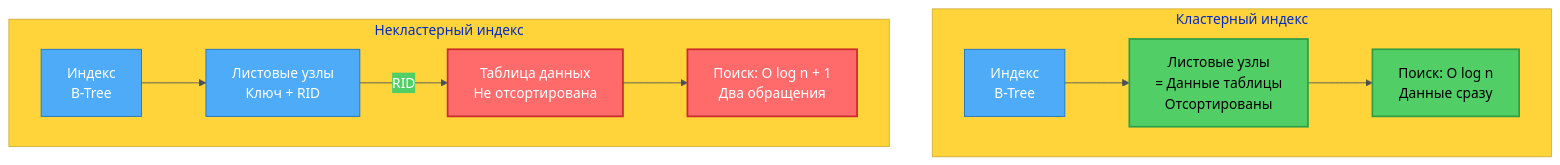
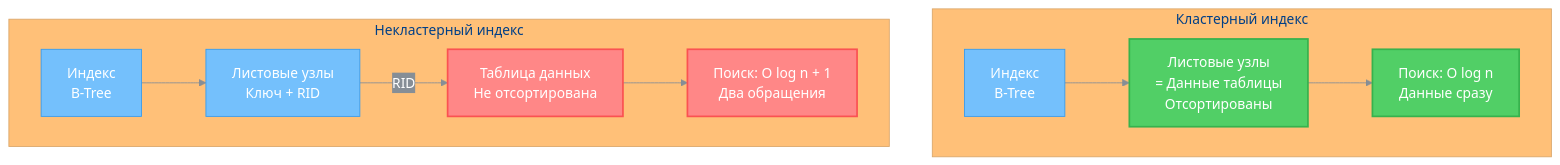
One commit to alx314vo/db_exam changed diagram 16 of 23 in db_exam.md. Above: the diagram before and after it, drawn with Mermaid. The commit also changed other lines of this file, not shown here.

````diff
--- a/db_exam.md
+++ b/db_exam.md
@@ -1125,19 +1125,19 @@
 ```mermaid
-%%{init: {'theme':'base', 'themeVariables': {'primaryColor':'#4dabf7','primaryTextColor':'#fff','primaryBorderColor':'#1971c2','lineColor':'#495057','secondaryColor':'#51cf66','tertiaryColor':'#ffd43b'}}}%%
+%%{init: {'theme':'base', 'themeVariables': {'primaryColor':'#74c0fc','primaryTextColor':'#fff','primaryBorderColor':'#339af0','lineColor':'#868e96','secondaryColor':'#868e96','tertiaryColor':'#ffc078','background':'#ffffff','textColor':'#212529'}}}%%
 graph TB
     subgraph "Кластерный индекс"
         CI1[Индекс<br/>B-Tree] --> CI2[Листовые узлы<br/>= Данные таблицы<br/>Отсортированы]
         CI2 --> CI3[Поиск: O log n<br/>Данные сразу]
     end
     
     subgraph "Некластерный индекс"
         NCI1[Индекс<br/>B-Tree] --> NCI2[Листовые узлы<br/>Ключ + RID]
         NCI2 -->|RID| NCI3[Таблица данных<br/>Не отсортирована]
         NCI3 --> NCI4[Поиск: O log n + 1<br/>Два обращения]
     end
     
-    style CI2 fill:#51cf66,stroke:#2f9e44,stroke-width:2px,color:#000
-    style CI3 fill:#51cf66,stroke:#2f9e44,stroke-width:2px,color:#000
-    style NCI3 fill:#ff6b6b,stroke:#c92a2a,stroke-width:2px,color:#fff
-    style NCI4 fill:#ff6b6b,stroke:#c92a2a,stroke-width:2px,color:#fff
+    style CI2 fill:#51cf66,stroke:#37b24d,stroke-width:2px,color:#fff
+    style CI3 fill:#51cf66,stroke:#37b24d,stroke-width:2px,color:#fff
+    style NCI3 fill:#ff8787,stroke:#fa5252,stroke-width:2px,color:#fff
+    style NCI4 fill:#ff8787,stroke:#fa5252,stroke-width:2px,color:#fff
 ```
````
